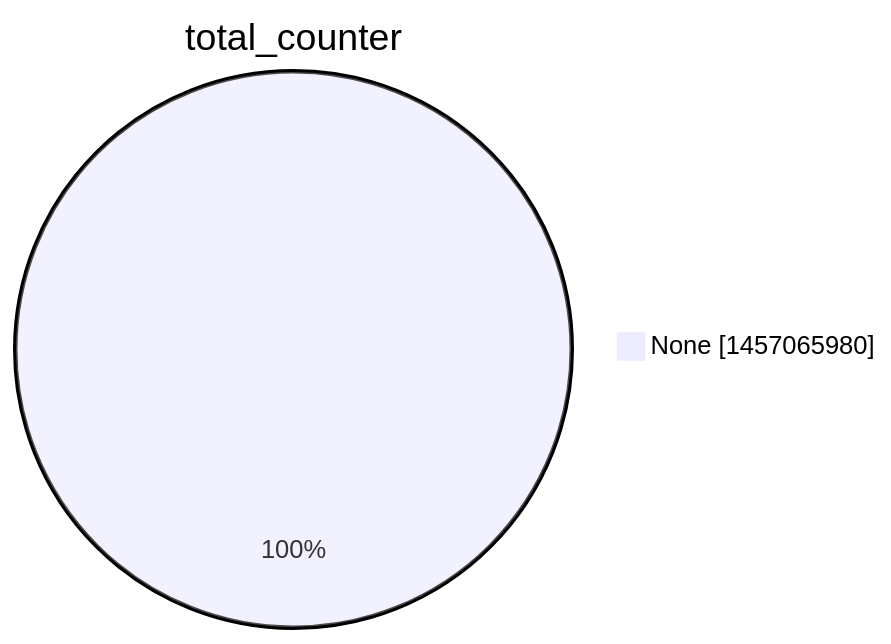
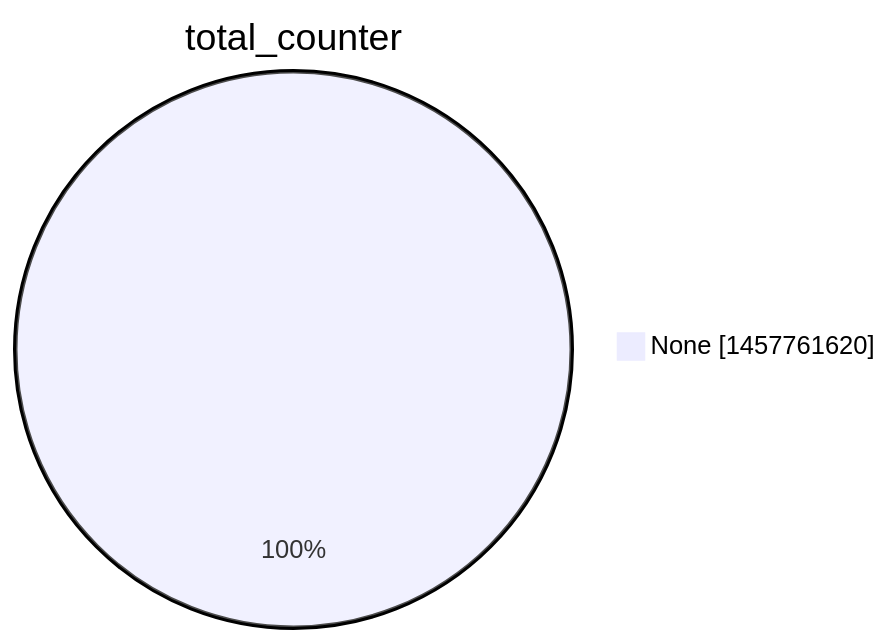
One commit to christiankrug/ctmonitor_visualization changed the second of 15 diagrams in argon2022/README.md. Above: the diagram before and after it, drawn with Mermaid. The commit also changed other lines of this file, not shown here.

````diff
--- a/argon2022/README.md
+++ b/argon2022/README.md
@@ -9,5 +9,5 @@
 ```mermaid
 pie showData
 title total_counter
-"None" :1457065980
+"None" :1457761620
 ```
````
